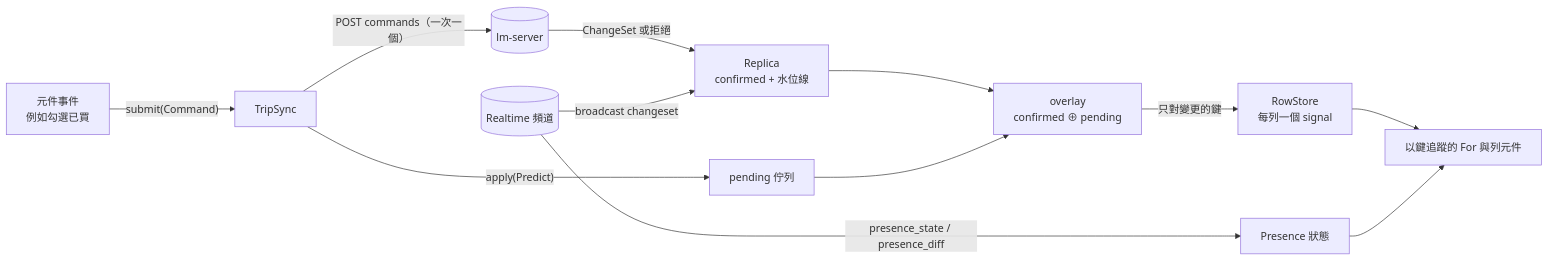
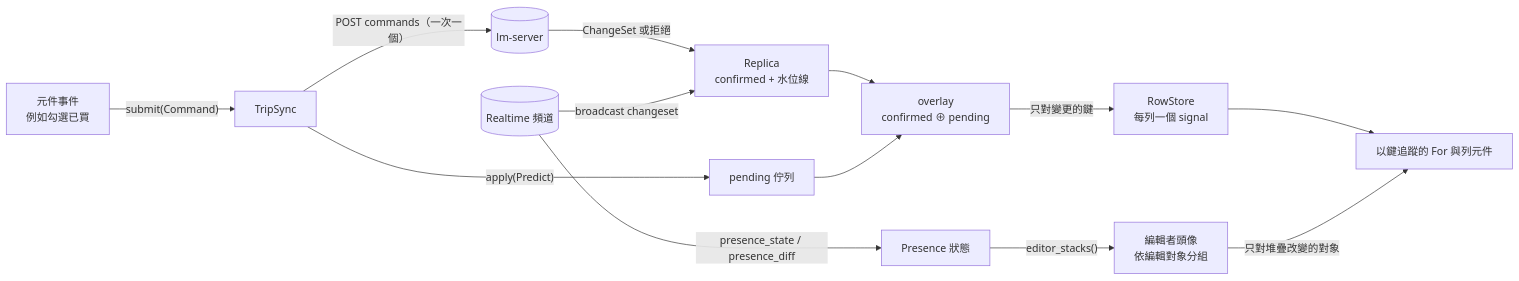
One commit to Raigorlin/little-moments changed the fourth of 5 diagrams in .kiro/specs/rust-supabase-rewrite/design.md. Above: the diagram before and after it, drawn with Mermaid. The commit also changed other lines of this file and 2 other files, not shown here.

````diff
--- a/.kiro/specs/rust-supabase-rewrite/design.md
+++ b/.kiro/specs/rust-supabase-rewrite/design.md
@@ -216,14 +220,15 @@
 ```mermaid
 flowchart LR
   UI["元件事件<br/>例如勾選已買"] -->|"submit(Command)"| E["TripSync"]
   E -->|"apply(Predict)"| P["pending 佇列"]
   R["Replica<br/>confirmed + 水位線"] --> O["overlay<br/>confirmed ⊕ pending"]
   P --> O
   O -->|"只對變更的鍵"| S["RowStore<br/>每列一個 signal"]
   S --> V["以鍵追蹤的 For 與列元件"]
   E -->|"POST commands（一次一個）"| API[("lm-server")]
   API -->|"ChangeSet 或拒絕"| R
   RT[("Realtime 頻道")] -->|"broadcast changeset"| R
   RT -->|"presence_state / presence_diff"| PR["Presence 狀態"]
-  PR --> V
+  PR -->|"editor_stacks()"| ED["編輯者頭像<br/>依編輯對象分組"]
+  ED -->|"只對堆疊改變的對象"| V
 ```
````
